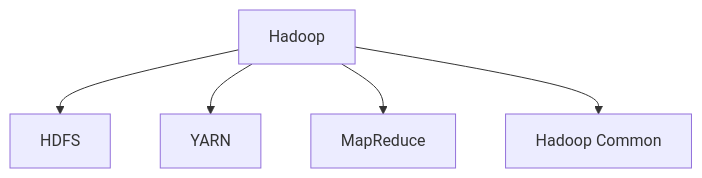
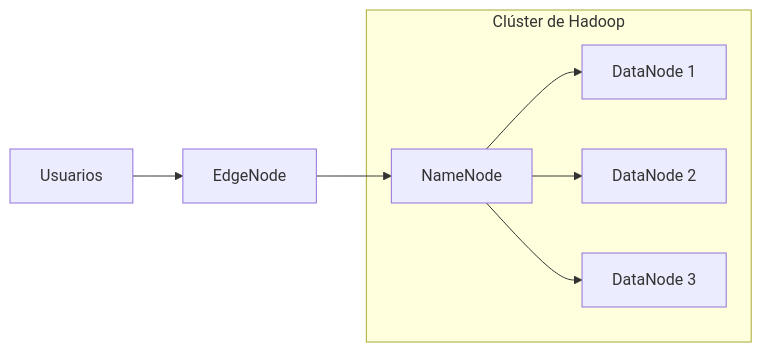
One commit to jgarciadeparedesh02/bda-apuntes changed the diagram in docs/ut1-introduccion-a-hadoop/21queesapachehadoop.md. Above: the diagram before and after it, drawn with Mermaid. The commit also changed other lines of this file and 3 other files, not shown here.

````diff
--- a/docs/ut1-introduccion-a-hadoop/21queesapachehadoop.md
+++ b/docs/ut1-introduccion-a-hadoop/21queesapachehadoop.md
@@ -11,7 +78,10 @@
 ```mermaid
-graph TD;
-    A[Hadoop] --> B[HDFS];
-    A --> C[YARN];
-    A --> D[MapReduce];
-    A --> E[Hadoop Common];
+graph LR
+    subgraph Clúster de Hadoop
+        A[NameNode] --> B[DataNode 1]
+        A --> C[DataNode 2]
+        A --> D[DataNode 3]
+    end
+    E[EdgeNode] --> A
+    F[Usuarios] --> E
 ```
````
